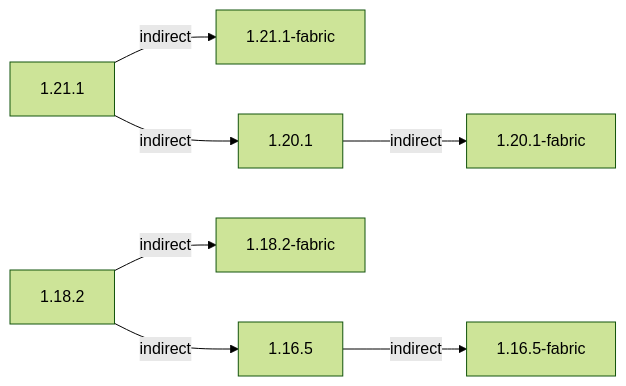
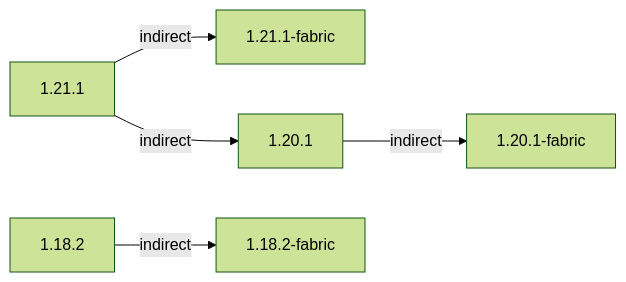
Before and after one commit to CFPAOrg/Minecraft-Mod-Language-Package: the diagram in projects/1.21/assets/vanity/vanity/README.md, drawn with Mermaid (forest theme). The commit also changed other lines of this file and 6 other files, not shown here.

````diff
--- a/projects/1.21/assets/vanity/vanity/README.md
+++ b/projects/1.21/assets/vanity/vanity/README.md
@@ -3,7 +3,6 @@
 ```mermaid
 flowchart LR
     1.21.1 -->|indirect| 1.21.1-fabric & 1.20.1
     1.20.1 -->|indirect| 1.20.1-fabric
-    1.18.2 -->|indirect| 1.18.2-fabric & 1.16.5
-    1.16.5 -->|indirect| 1.16.5-fabric
+    1.18.2 -->|indirect| 1.18.2-fabric
 ```
````
